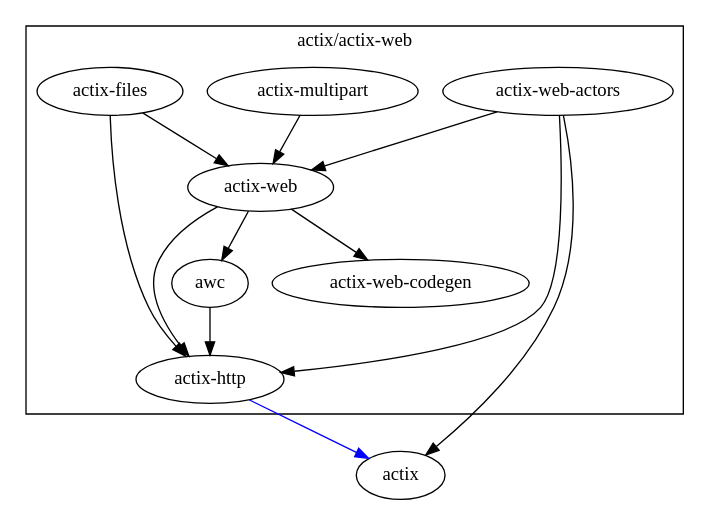
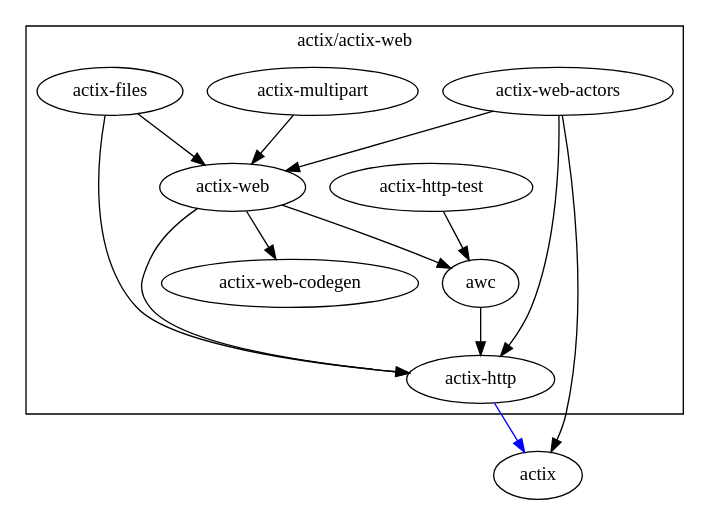
Before and after one commit to Cherry-Pooh/actix-web: the diagram in docs/graphs/web-only.dot, drawn with Graphviz. The commit also changed 1 other file, not shown here.

```diff
--- a/docs/graphs/web-only.dot
+++ b/docs/graphs/web-only.dot
@@ -1,19 +1,21 @@
 digraph {
     subgraph cluster_web {
         label="actix/actix-web"
         "awc"
         "actix-web"
         "actix-files"
         "actix-http"
         "actix-multipart"
         "actix-web-actors"
         "actix-web-codegen"
+        "actix-http-test"
     }
 
     "actix-web" -> {  "actix-web-codegen" "actix-http" "awc" }
     "awc" -> { "actix-http" }
     "actix-web-actors" -> { "actix" "actix-web" "actix-http" }
     "actix-multipart" -> { "actix-web" }
     "actix-http" -> { "actix" }[color=blue] // optional
     "actix-files" -> { "actix-web" "actix-http" }
+    "actix-http-test" -> { "awc" }
 }
```
